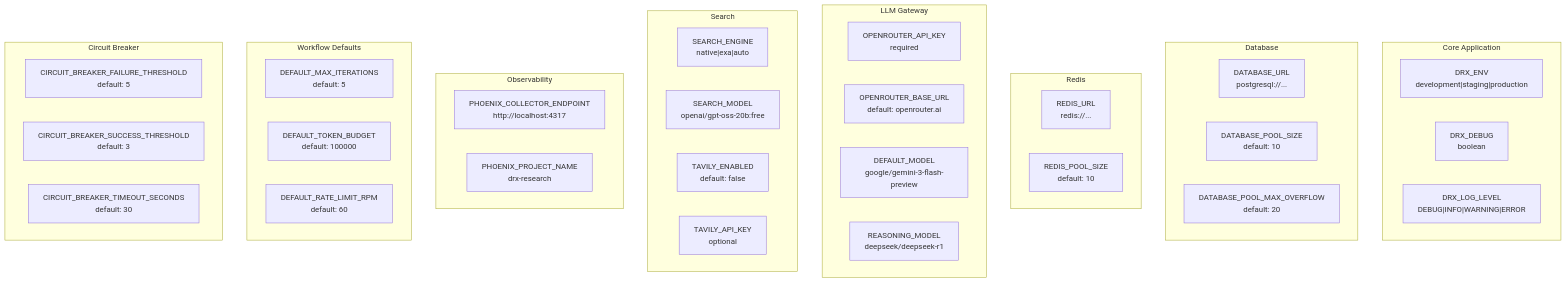
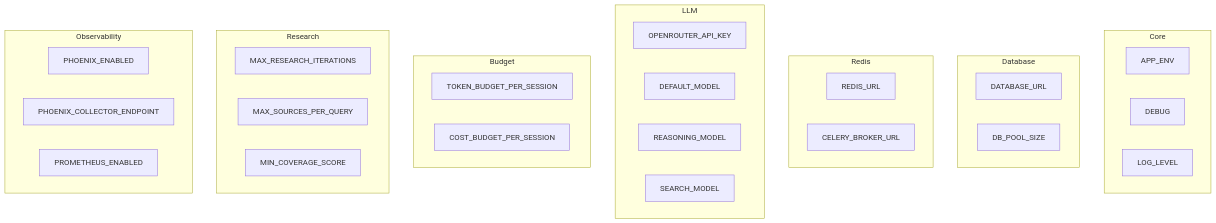
Diagram 25 of 26 in docs/LLD.md (satyamaix/DeepResearchX), drawn with Mermaid before and after one commit. The commit also changed other lines of this file and 2 other files, not shown here.

````diff
--- a/docs/LLD.md
+++ b/docs/LLD.md
@@ -989,50 +1410,42 @@
 ```mermaid
 flowchart TB
-    subgraph Core["Core Application"]
-        DRX_ENV["DRX_ENV<br/>development|staging|production"]
-        DRX_DEBUG["DRX_DEBUG<br/>boolean"]
-        DRX_LOG_LEVEL["DRX_LOG_LEVEL<br/>DEBUG|INFO|WARNING|ERROR"]
+    subgraph Core["Core"]
+        APP_ENV["APP_ENV"]
+        DEBUG["DEBUG"]
+        LOG_LEVEL["LOG_LEVEL"]
     end
 
     subgraph Database["Database"]
-        DATABASE_URL["DATABASE_URL<br/>postgresql://..."]
-        DATABASE_POOL_SIZE["DATABASE_POOL_SIZE<br/>default: 10"]
-        DATABASE_POOL_MAX["DATABASE_POOL_MAX_OVERFLOW<br/>default: 20"]
+        DATABASE_URL["DATABASE_URL"]
+        DB_POOL_SIZE["DB_POOL_SIZE"]
     end
 
     subgraph Redis["Redis"]
-        REDIS_URL["REDIS_URL<br/>redis://..."]
-        REDIS_POOL_SIZE["REDIS_POOL_SIZE<br/>default: 10"]
+        REDIS_URL["REDIS_URL"]
+        CELERY_BROKER_URL["CELERY_BROKER_URL"]
     end
 
-    subgraph LLM["LLM Gateway"]
-        OPENROUTER_API_KEY["OPENROUTER_API_KEY<br/>required"]
-        OPENROUTER_BASE_URL["OPENROUTER_BASE_URL<br/>default: openrouter.ai"]
-        DEFAULT_MODEL["DEFAULT_MODEL<br/>google/gemini-3-flash-preview"]
-        REASONING_MODEL["REASONING_MODEL<br/>deepseek/deepseek-r1"]
+    subgraph LLM["LLM"]
+        OPENROUTER_API_KEY["OPENROUTER_API_KEY"]
+        DEFAULT_MODEL["DEFAULT_MODEL"]
+        REASONING_MODEL["REASONING_MODEL"]
+        SEARCH_MODEL["SEARCH_MODEL"]
     end
 
-    subgraph Search["Search"]
-        SEARCH_ENGINE["SEARCH_ENGINE<br/>native|exa|auto"]
-        SEARCH_MODEL["SEARCH_MODEL<br/>openai/gpt-oss-20b:free"]
-        TAVILY_ENABLED["TAVILY_ENABLED<br/>default: false"]
-        TAVILY_API_KEY["TAVILY_API_KEY<br/>optional"]
+    subgraph Budget["Budget"]
+        TOKEN_BUDGET_PER_SESSION["TOKEN_BUDGET_PER_SESSION"]
+        COST_BUDGET_PER_SESSION["COST_BUDGET_PER_SESSION"]
+    end
+
+    subgraph Research["Research"]
+        MAX_RESEARCH_ITERATIONS["MAX_RESEARCH_ITERATIONS"]
+        MAX_SOURCES_PER_QUERY["MAX_SOURCES_PER_QUERY"]
+        MIN_COVERAGE_SCORE["MIN_COVERAGE_SCORE"]
     end
 
     subgraph Observability["Observability"]
-        PHOENIX_ENDPOINT["PHOENIX_COLLECTOR_ENDPOINT<br/>http://localhost:4317"]
-        PHOENIX_PROJECT["PHOENIX_PROJECT_NAME<br/>drx-research"]
-    end
-
-    subgraph Workflow["Workflow Defaults"]
-        MAX_ITERATIONS["DEFAULT_MAX_ITERATIONS<br/>default: 5"]
-        TOKEN_BUDGET["DEFAULT_TOKEN_BUDGET<br/>default: 100000"]
-        RATE_LIMIT_RPM["DEFAULT_RATE_LIMIT_RPM<br/>default: 60"]
-    end
-
-    subgraph CircuitBreaker["Circuit Breaker"]
-        CB_FAILURE["CIRCUIT_BREAKER_FAILURE_THRESHOLD<br/>default: 5"]
-        CB_SUCCESS["CIRCUIT_BREAKER_SUCCESS_THRESHOLD<br/>default: 3"]
-        CB_TIMEOUT["CIRCUIT_BREAKER_TIMEOUT_SECONDS<br/>default: 30"]
+        PHOENIX_ENABLED["PHOENIX_ENABLED"]
+        PHOENIX_COLLECTOR_ENDPOINT["PHOENIX_COLLECTOR_ENDPOINT"]
+        PROMETHEUS_ENABLED["PROMETHEUS_ENABLED"]
     end
 ```
````
